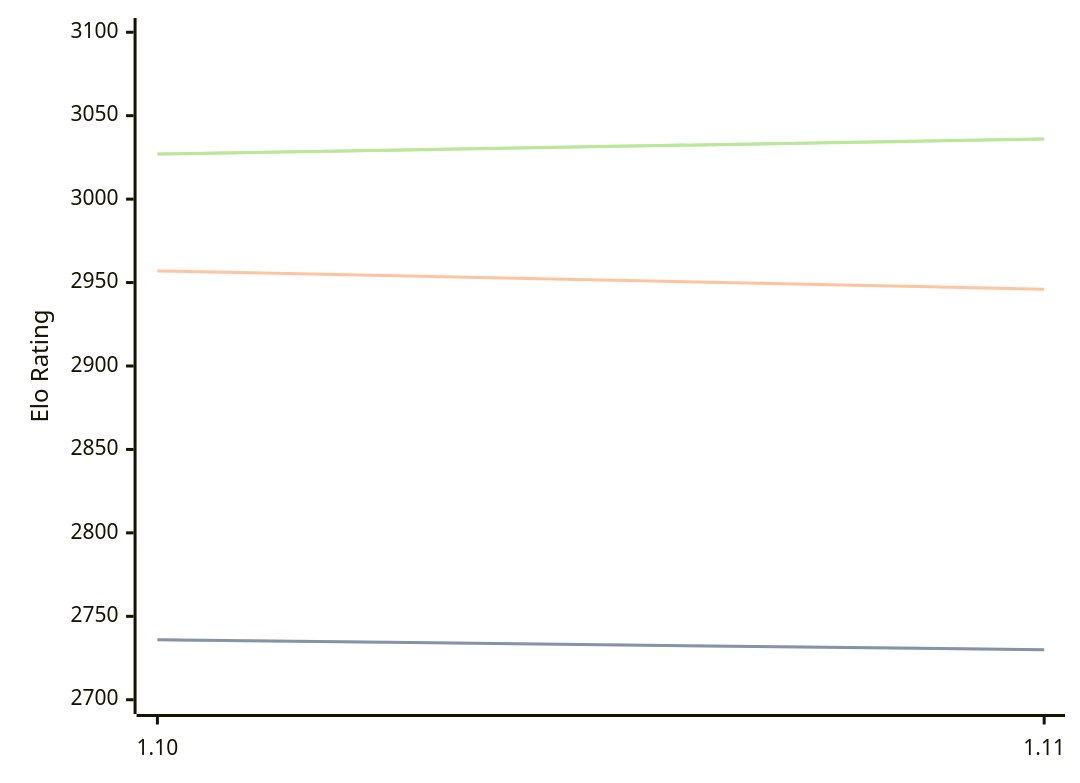
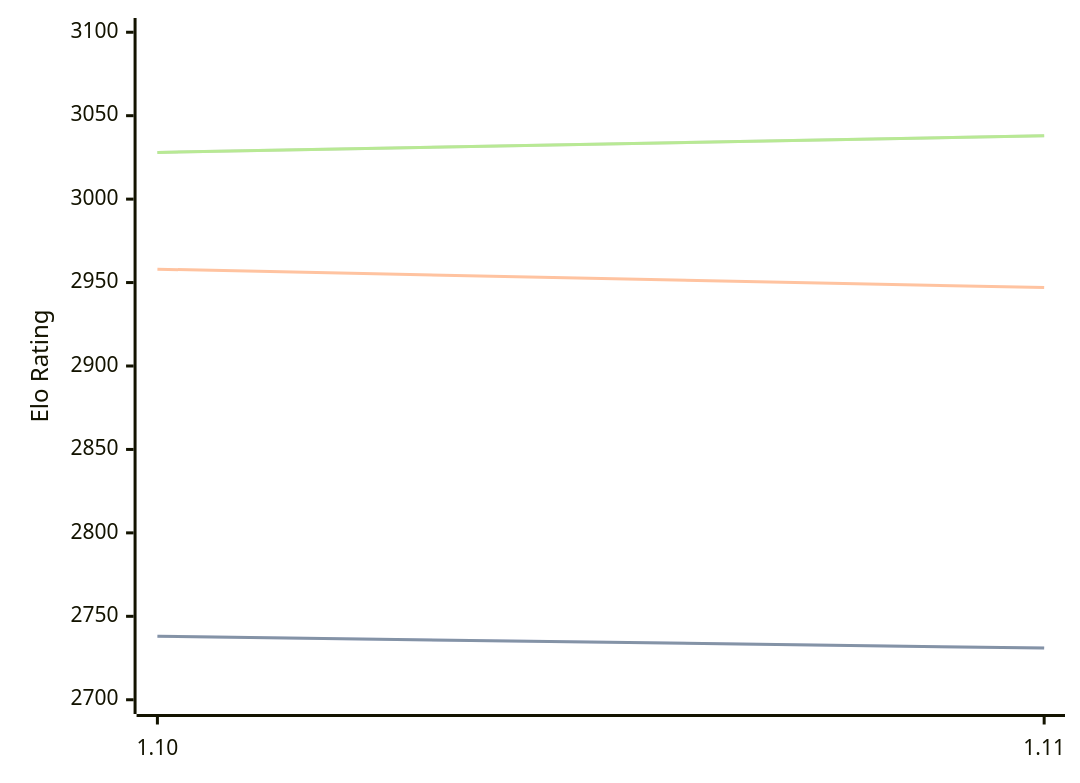
The diagram in engines/Roc.md (computer-chess-index/cci), drawn with Mermaid before and after one commit. The commit also changed other lines of this file, not shown here.

Commit message:
Update CCI Ratings (ELO VLTC) - 2026-09-01

````diff
--- a/engines/Roc.md
+++ b/engines/Roc.md
@@ -42,11 +42,11 @@
 ```mermaid
 %%{init: {"theme":"base","themeVariables":{"seriesColors:['#a3a3a3','#222221','#faa371']}}}%%
 xychart-beta
   x-axis ["1.10", "1.11"]
   y-axis "Elo Rating" 2700 --> 3100
-  line "" [2736, 2730]
-  line "STC (8.0+0.08s)" [2736, 2730]
-  line "LTC (60.0+0.60s)" [2957, 2946]
-  line "" [3027, 3036]
-  line "VLTC (2m24s+1.12s)" [3027, 3036]
+  line "" [2738, 2731]
+  line "STC (8.0+0.08s)" [2738, 2731]
+  line "LTC (60.0+0.60s)" [2958, 2947]
+  line "" [3028, 3038]
+  line "VLTC (2m24s+1.12s)" [3028, 3038]
 ```
````
